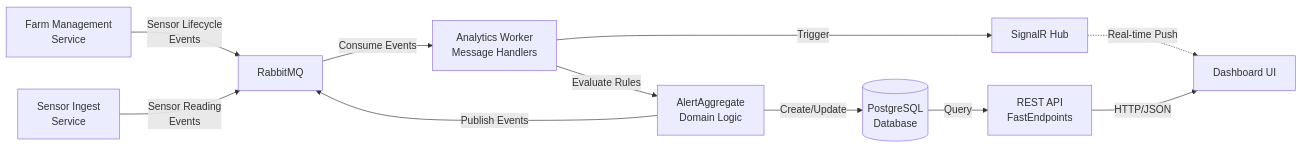
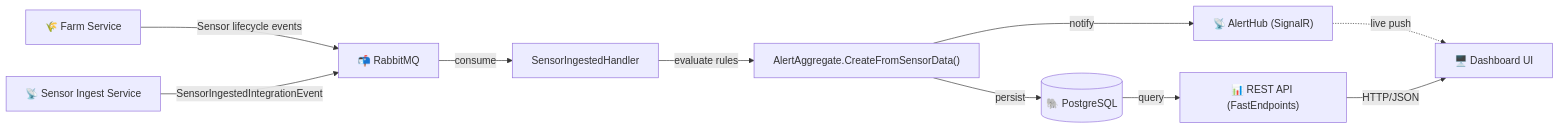
One commit to rdpresser/tc-agro-analytics-worker changed the first of 2 diagrams in README.md. Above: the diagram before and after it, drawn with Mermaid. The commit also changed other lines of this file, not shown here.

````diff
--- a/README.md
+++ b/README.md
@@ -51,13 +50,12 @@
 ```mermaid
 graph LR
-    A[Farm Management<br/>Service] -->|Sensor Lifecycle<br/>Events| B[RabbitMQ]
-    C[Sensor Ingest<br/>Service] -->|Sensor Reading<br/>Events| B
-    B -->|Consume Events| D[Analytics Worker<br/>Message Handlers]
-    D -->|Evaluate Rules| E[AlertAggregate<br/>Domain Logic]
-    E -->|Create/Update| F[(PostgreSQL<br/>Database)]
-    E -->|Publish Events| B
-    D -->|Trigger| G[SignalR Hub]
-    G -.Real-time Push.-> H[Dashboard UI]
-    F -->|Query| I[REST API<br/>FastEndpoints]
-    I -->|HTTP/JSON| H
+    Farm["🌾 Farm Service"] -->|Sensor lifecycle events| MQ["📬 RabbitMQ"]
+    Ingest["📡 Sensor Ingest Service"] -->|SensorIngestedIntegrationEvent| MQ
+    MQ -->|consume| Handler["SensorIngestedHandler"]
+    Handler -->|evaluate rules| Domain["AlertAggregate.CreateFromSensorData()"]
+    Domain -->|persist| DB[("🐘 PostgreSQL")]
+    Domain -->|notify| Hub["📡 AlertHub (SignalR)"]
+    Hub -.live push.-> UI["🖥️ Dashboard UI"]
+    DB -->|query| API["📊 REST API (FastEndpoints)"]
+    API -->|HTTP/JSON| UI
 ```
````
